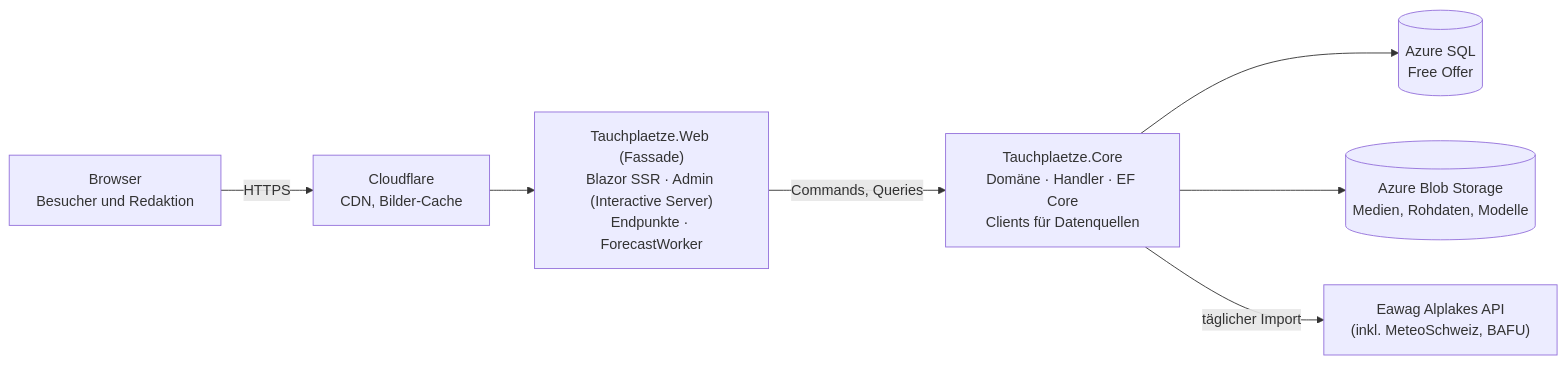
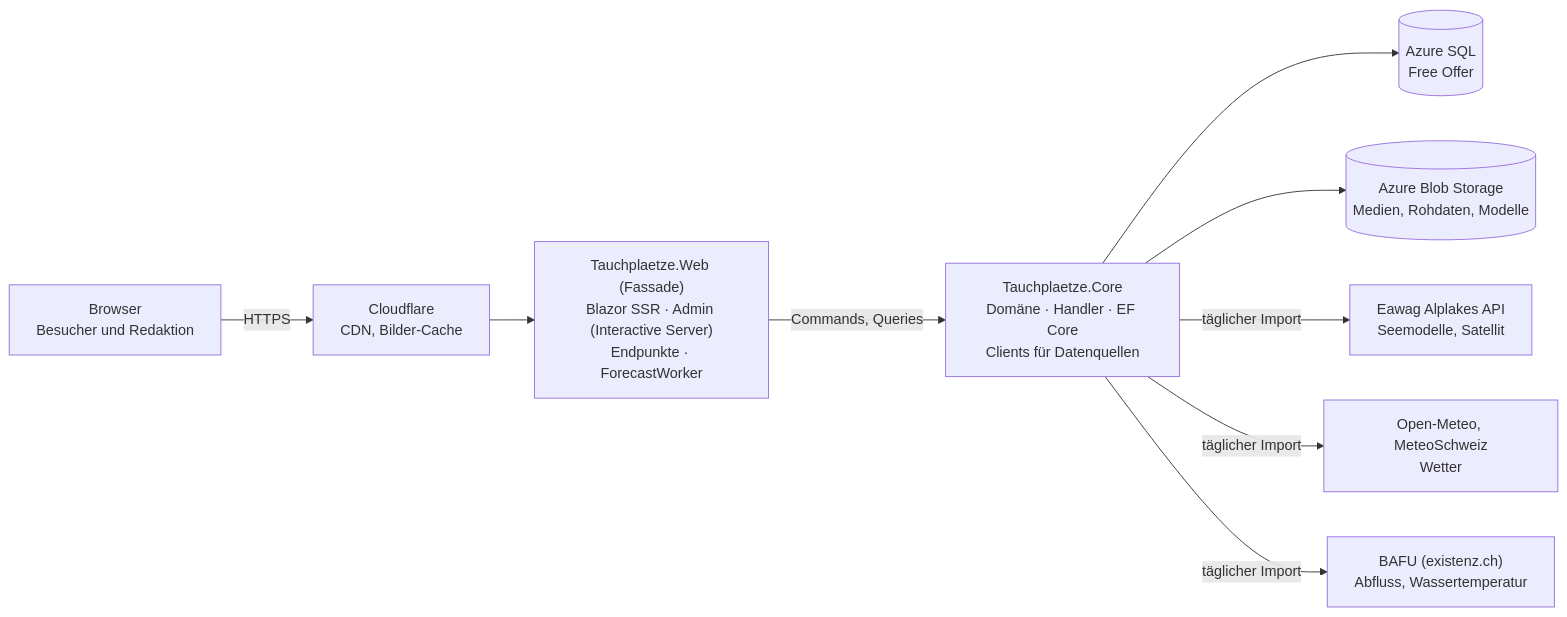
The diagram in specs/architecture.md (mduu/tauchplaetze.ch), drawn with Mermaid before and after one commit. The commit also changed other lines of this file and 13 other files, not shown here.

````diff
--- a/specs/architecture.md
+++ b/specs/architecture.md
@@ -15,9 +15,11 @@
 ```mermaid
 flowchart LR
     browser["Browser<br/>Besucher und Redaktion"] -- "HTTPS" --> cf["Cloudflare<br/>CDN, Bilder-Cache"]
     cf --> web["Tauchplaetze.Web (Fassade)<br/>Blazor SSR · Admin (Interactive Server)<br/>Endpunkte · ForecastWorker"]
     web -- "Commands, Queries" --> core["Tauchplaetze.Core<br/>Domäne · Handler · EF Core<br/>Clients für Datenquellen"]
     core --> sql[("Azure SQL<br/>Free Offer")]
     core --> blob[("Azure Blob Storage<br/>Medien, Rohdaten, Modelle")]
-    core -- "täglicher Import" --> alplakes["Eawag Alplakes API<br/>(inkl. MeteoSchweiz, BAFU)"]
+    core -- "täglicher Import" --> alplakes["Eawag Alplakes API<br/>Seemodelle, Satellit"]
+    core -- "täglicher Import" --> meteo["Open-Meteo, MeteoSchweiz<br/>Wetter"]
+    core -- "täglicher Import" --> bafu["BAFU (existenz.ch)<br/>Abfluss, Wassertemperatur"]
 ```
````
